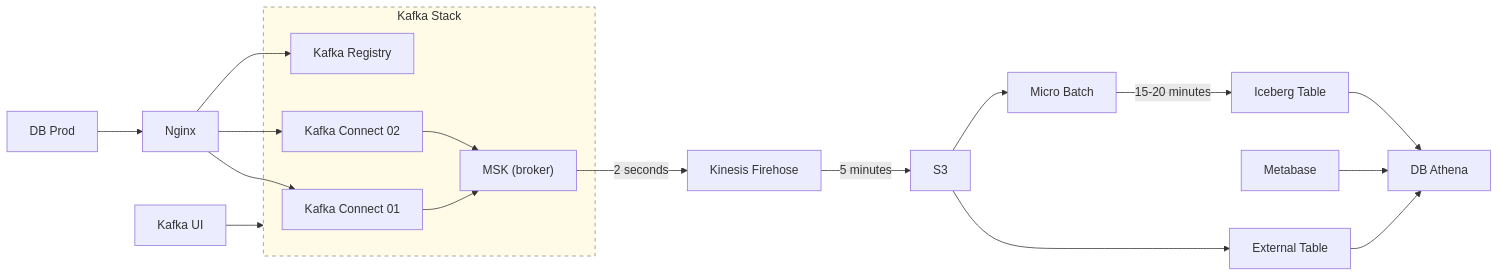
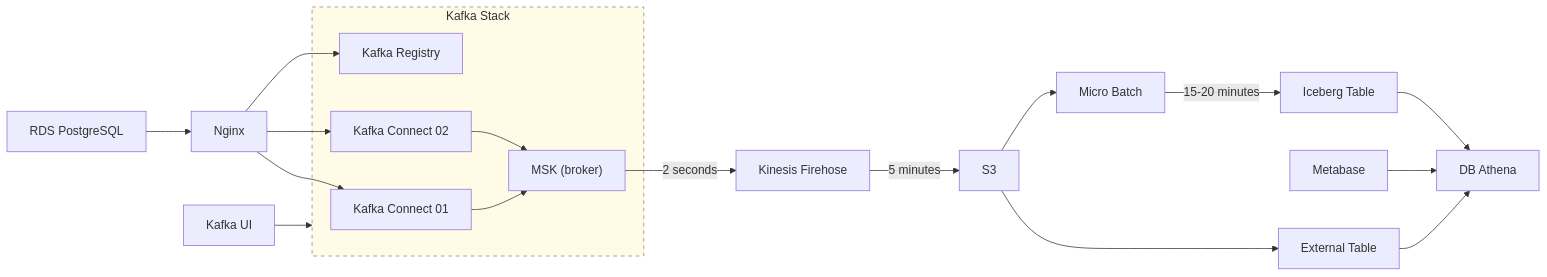
One commit to rudy-prietno/streamlake changed the diagram in README.md. Above: the diagram before and after it, drawn with Mermaid.

````diff
--- a/README.md
+++ b/README.md
@@ -7,51 +7,51 @@
 ```mermaid
 flowchart LR
   %% ===== Left block =====
-  DB[DB Prod]
+  DB[RDS PostgreSQL]
   NGINX[Nginx]
 
   subgraph KAFKA_STACK[Kafka Stack]
     KC1["Kafka Connect 01"]
     KC2["Kafka Connect 02"]
     REG["Kafka Registry"]
     MSK["MSK (broker)"]
   end
 
   KUI["Kafka UI"]
 
   %% ===== Middle / Right block =====
   KFH["Kinesis Firehose"]
   S3["S3"]
   EXT["External Table"]
   ATH["DB Athena"]
   META["Metabase"]
   MB["Micro Batch"]
   ICE["Iceberg Table"]
 
   %% ===== Flows =====
   DB --> NGINX
   NGINX --> KC1
   NGINX --> KC2
   NGINX --> REG
   KC1 --> MSK
   KC2 --> MSK
 
   %% Kafka UI points to the whole stack
   KUI --> KAFKA_STACK
 
   %% Stream to Firehose and S3
   MSK -- "2 seconds" --> KFH
   KFH -- "5 minutes" --> S3
 
   %% S3 -> Athena via External Table
   S3 --> EXT --> ATH
   META --> ATH
 
   %% Micro-batch path to Iceberg
   S3 --> MB
   MB -- "15-20 minutes" --> ICE
   ICE --> ATH
 
   %% Optional style for the stack area
   style KAFKA_STACK fill:#fffbe6,stroke:#888,stroke-width:1px,stroke-dasharray: 5 5
 ```
````
